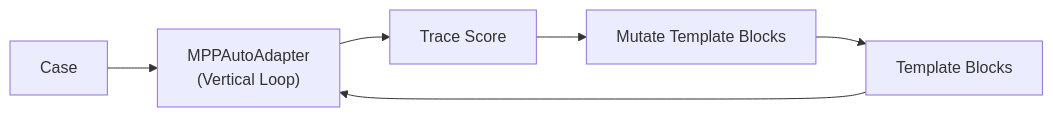
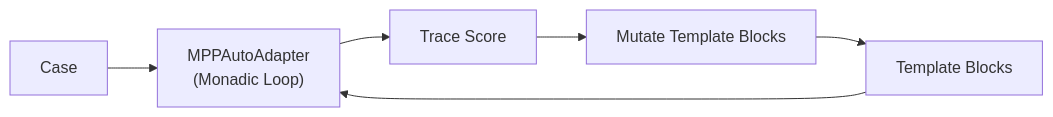
One commit to GabrielBarberini/meta-prompting-protocol changed the second of 2 diagrams in README.md. Above: the diagram before and after it, drawn with Mermaid. The commit also changed other lines of this file and 2 other files, not shown here.

````diff
--- a/README.md
+++ b/README.md
@@ -149,8 +160,8 @@
 ```mermaid
 flowchart LR
-  D[Case] --> V["MPPAutoAdapter\n(Vertical Loop)"]
+  D[Case] --> V["MPPAutoAdapter<br>(Monadic Loop)"]
   T[Template Blocks] --> V
   V --> S[Trace Score]
   S --> M[Mutate Template Blocks]
   M --> T
 ```
````
